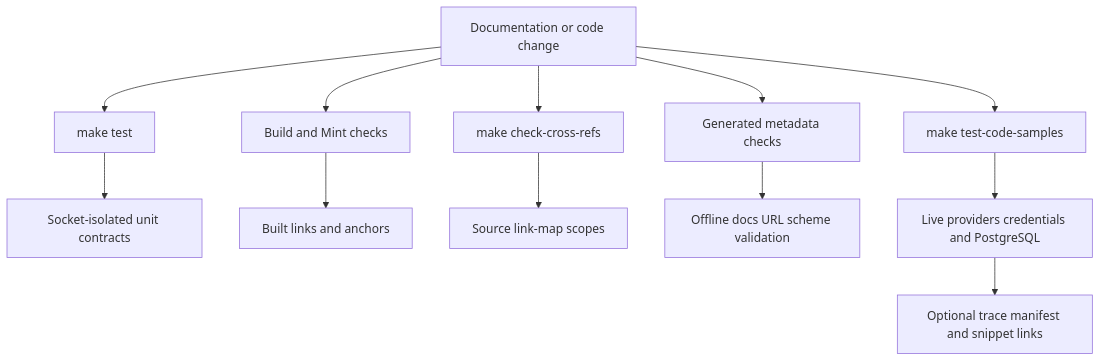
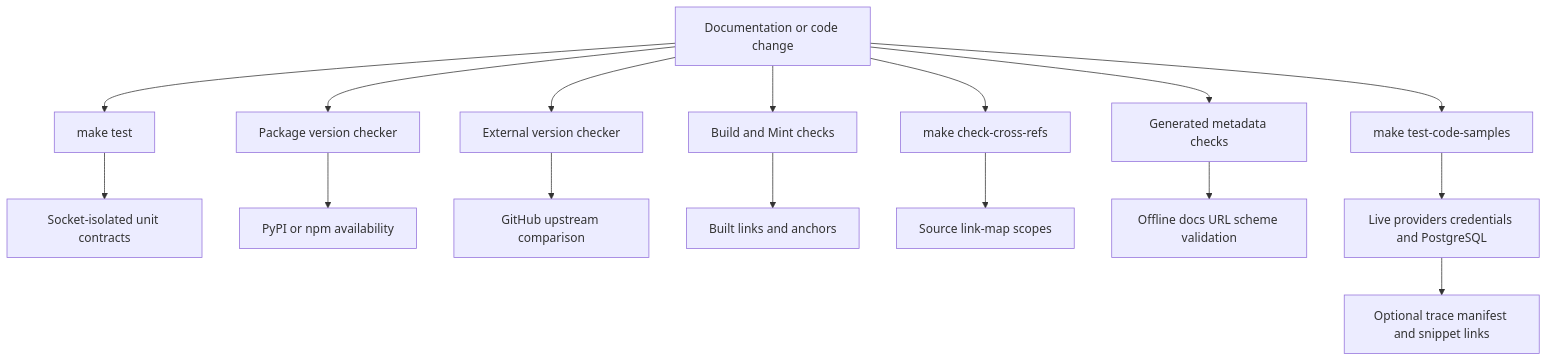
One commit to langchain-ai/docs changed the first of 3 diagrams in openwiki/testing/test-overview.md. Above: the diagram before and after it, drawn with Mermaid. The commit also changed other lines of this file and 28 other files, not shown here.

````diff
--- a/openwiki/testing/test-overview.md
+++ b/openwiki/testing/test-overview.md
@@ -52,14 +70,18 @@
 ```mermaid
 flowchart TD
   Change["Documentation or code change"] --> Unit["make test"]
   Unit --> Offline["Socket-isolated unit contracts"]
+  Change --> Package["Package version checker"]
+  Package --> Registry["PyPI or npm availability"]
+  Change --> Mirror["External version checker"]
+  Mirror --> Upstream["GitHub upstream comparison"]
   Change --> Build["Build and Mint checks"]
   Build --> Links["Built links and anchors"]
   Change --> RefCheck["make check-cross-refs"]
   RefCheck --> Maps["Source link-map scopes"]
   Change --> Generated["Generated metadata checks"]
   Generated --> SafeURL["Offline docs URL scheme validation"]
   Change --> Samples["make test-code-samples"]
   Samples --> Live["Live providers credentials and PostgreSQL"]
   Live --> Trace["Optional trace manifest and snippet links"]
 ```
````
